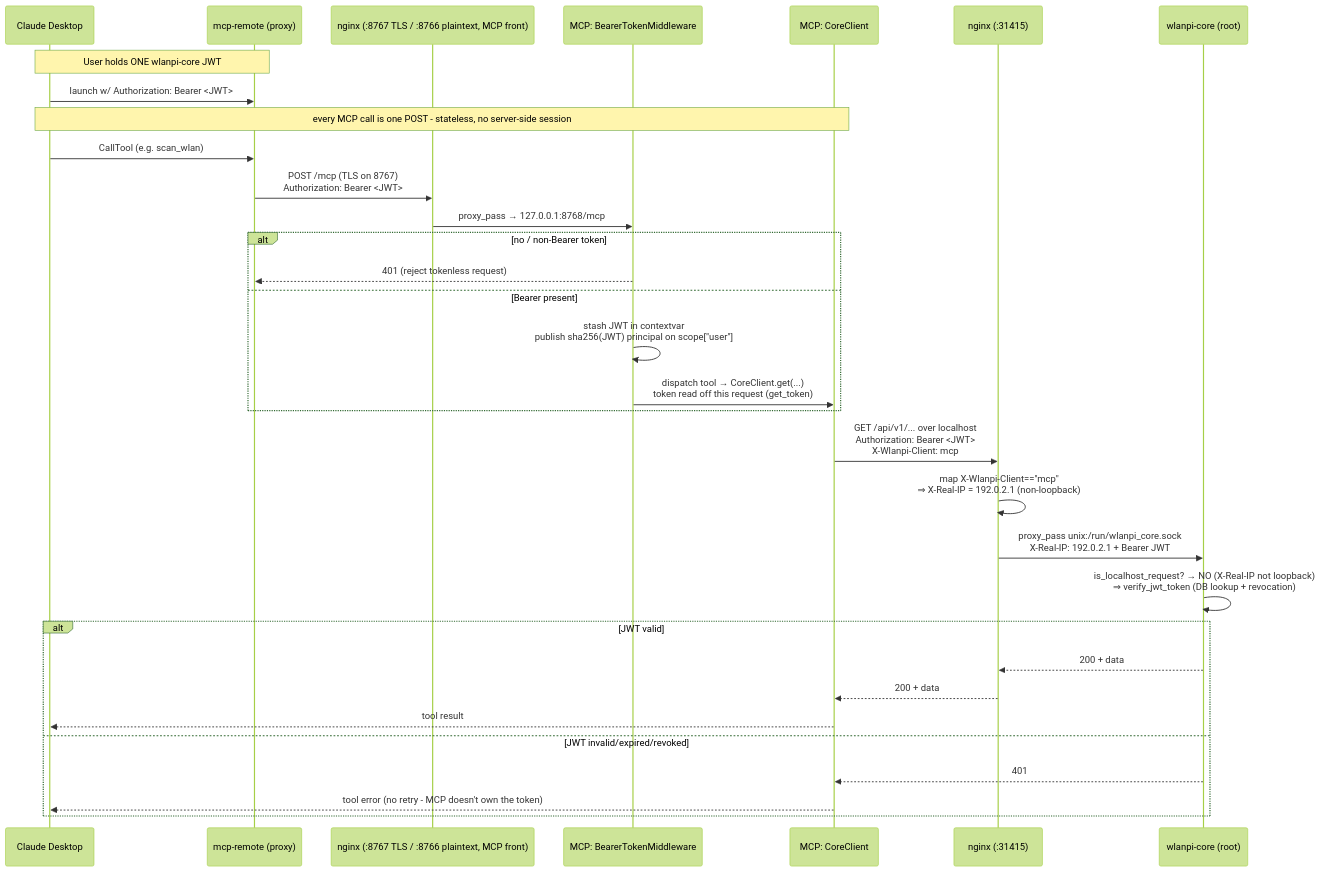
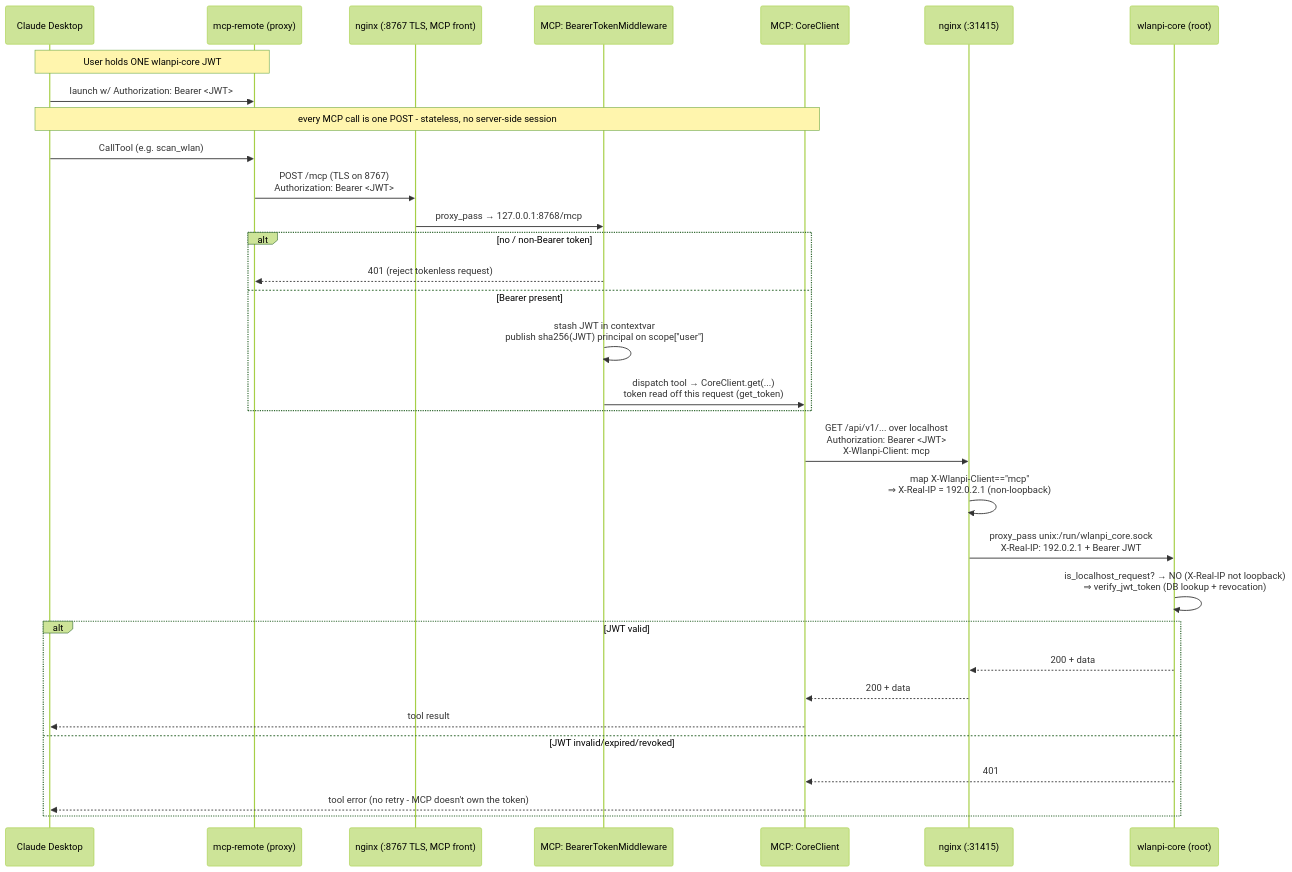
The first of 2 diagrams in docs/auth-flow.md (WLAN-Pi/wlanpi-mcp), drawn with Mermaid (forest theme) before and after one commit. The commit also changed other lines of this file and 22 other files, not shown here.

````diff
--- a/docs/auth-flow.md
+++ b/docs/auth-flow.md
@@ -19,35 +17,35 @@
 ```mermaid
 sequenceDiagram
     participant CD as Claude Desktop
     participant MR as mcp-remote (proxy)
-    participant MG as nginx (:8767 TLS / :8766 plaintext, MCP front)
+    participant MG as nginx (:8767 TLS, MCP front)
     participant MW as MCP: BearerTokenMiddleware
     participant CC as MCP: CoreClient
     participant NG as nginx (:31415)
     participant API as wlanpi-core (root)
 
     Note over CD,MR: User holds ONE wlanpi-core JWT
     CD->>MR: launch w/ Authorization: Bearer <JWT>
     Note over CD,CC: every MCP call is one POST - stateless, no server-side session
     CD->>MR: CallTool (e.g. scan_wlan)
     MR->>MG: POST /mcp (TLS on 8767)<br/>Authorization: Bearer <JWT>
     MG->>MW: proxy_pass → 127.0.0.1:8768/mcp
     alt no / non-Bearer token
         MW-->>MR: 401 (reject tokenless request)
     else Bearer present
         MW->>MW: stash JWT in contextvar<br/>publish sha256(JWT) principal on scope["user"]
         MW->>CC: dispatch tool → CoreClient.get(...)<br/>token read off this request (get_token)
     end
     CC->>NG: GET /api/v1/... over localhost<br/>Authorization: Bearer <JWT><br/>X-Wlanpi-Client: mcp
     NG->>NG: map X-Wlanpi-Client=="mcp"<br/>⇒ X-Real-IP = 192.0.2.1 (non-loopback)
     NG->>API: proxy_pass unix:/run/wlanpi_core.sock<br/>X-Real-IP: 192.0.2.1 + Bearer JWT
     API->>API: is_localhost_request? → NO (X-Real-IP not loopback)<br/>⇒ verify_jwt_token (DB lookup + revocation)
     alt JWT valid
         API-->>NG: 200 + data
         NG-->>CC: 200 + data
         CC-->>CD: tool result
     else JWT invalid/expired/revoked
         API-->>CC: 401
         CC-->>CD: tool error (no retry - MCP doesn't own the token)
     end
 ```
````
